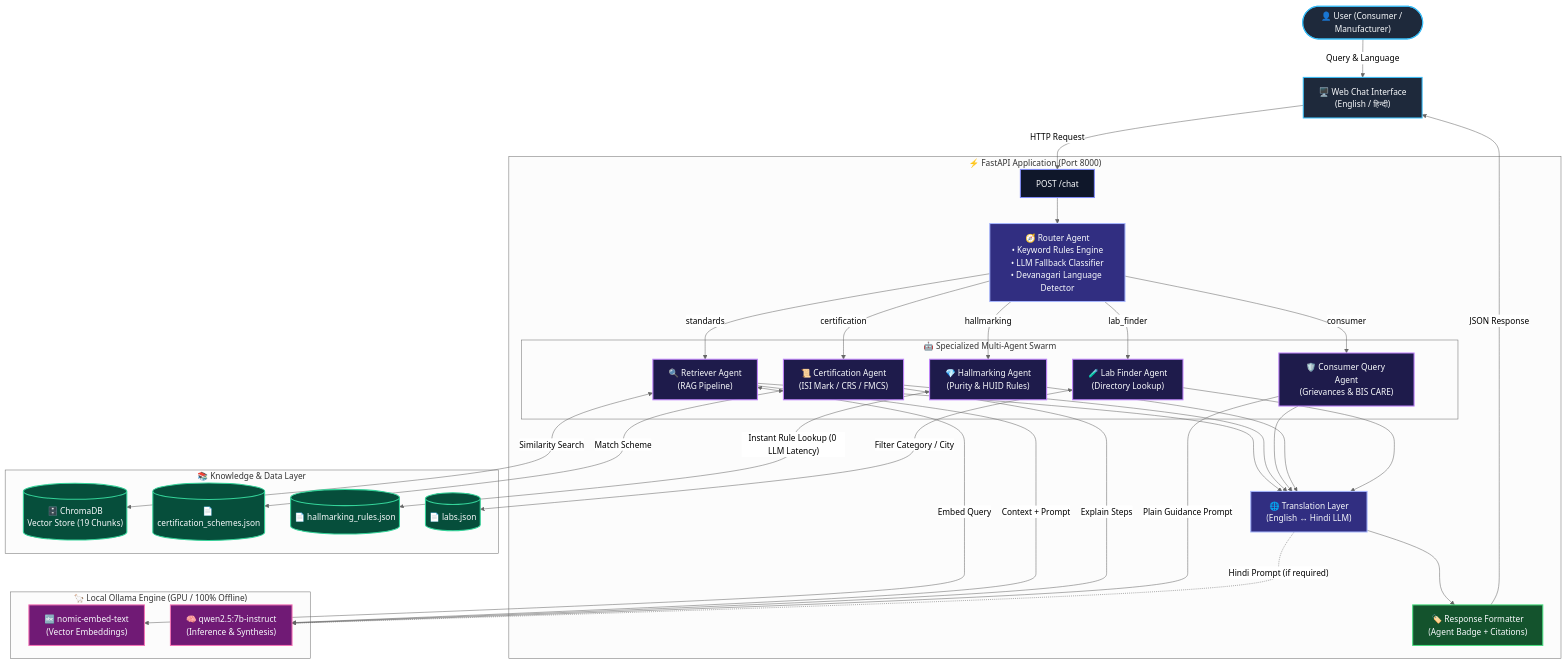
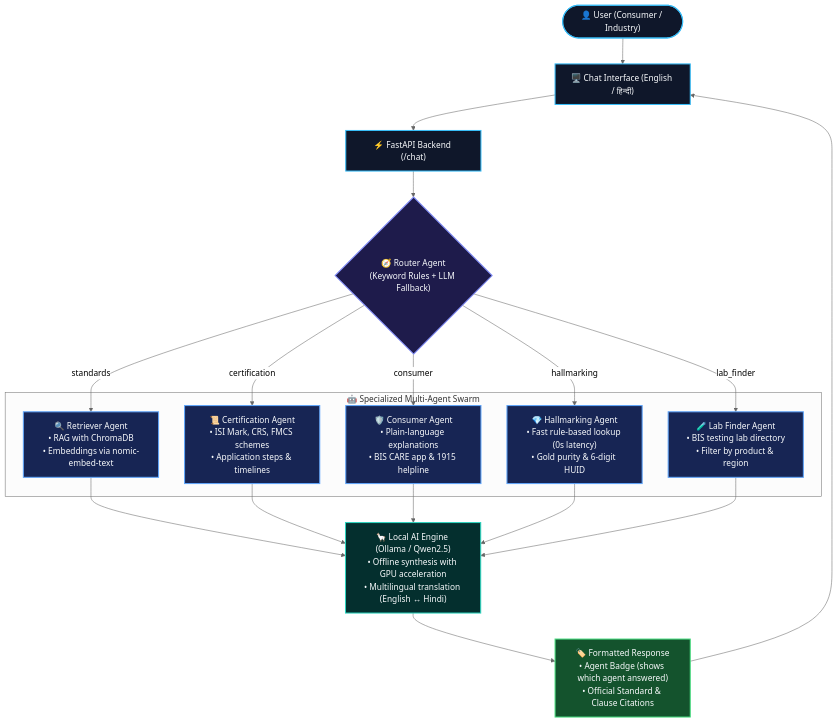
Before and after one commit to harshit5afk/complybot: the diagram in README.md, drawn with Mermaid (neutral theme).

Commit message:
docs: streamline workflow diagram for clean readability

````diff
--- a/README.md
+++ b/README.md
@@ -11,77 +11,32 @@
 ```mermaid
 flowchart TD
-    classDef client fill:#1e293b,stroke:#38bdf8,stroke-width:2px,color:#f8fafc
-    classDef api fill:#0f172a,stroke:#818cf8,stroke-width:2px,color:#f8fafc
-    classDef router fill:#312e81,stroke:#a5b4fc,stroke-width:2px,color:#f8fafc
-    classDef agent fill:#1e1b4b,stroke:#c084fc,stroke-width:2px,color:#f8fafc
-    classDef db fill:#064e3b,stroke:#34d399,stroke-width:2px,color:#f8fafc
-    classDef llm fill:#701a75,stroke:#f472b6,stroke-width:2px,color:#f8fafc
-    classDef output fill:#14532d,stroke:#4ade80,stroke-width:2px,color:#f8fafc
+    classDef client fill:#0f172a,stroke:#38bdf8,stroke-width:2px,color:#f8fafc;
+    classDef router fill:#1e1b4b,stroke:#818cf8,stroke-width:2px,color:#f8fafc;
+    classDef agent fill:#172554,stroke:#60a5fa,stroke-width:2px,color:#f8fafc;
+    classDef ai fill:#042f2e,stroke:#2dd4bf,stroke-width:2px,color:#f8fafc;
+    classDef out fill:#14532d,stroke:#4ade80,stroke-width:2px,color:#f8fafc;
 
-    User(["👤 User (Consumer / Manufacturer)"]):::client
-    UI["🖥️ Web Chat Interface<br/>(English / हिन्दी)"]:::client
+    User(["👤 User (Consumer / Industry)"]):::client --> UI["🖥️ Chat Interface (English / हिन्दी)"]:::client
+    UI --> API["⚡ FastAPI Backend (/chat)"]:::client
 
-    subgraph Backend ["⚡ FastAPI Application (Port 8000)"]
-        Endpoint["POST /chat"]:::api
-        Router["🧭 Router Agent<br/>• Keyword Rules Engine<br/>• LLM Fallback Classifier<br/>• Devanagari Language Detector"]:::router
+    API --> Router{"🧭 Router Agent<br/>(Keyword Rules + LLM Fallback)"}:::router
 
-        subgraph Agents ["🤖 Specialized Multi-Agent Swarm"]
-            Retriever["🔍 Retriever Agent<br/>(RAG Pipeline)"]:::agent
-            CertAgent["📜 Certification Agent<br/>(ISI Mark / CRS / FMCS)"]:::agent
-            ConsumerAgent["🛡️ Consumer Query Agent<br/>(Grievances & BIS CARE)"]:::agent
-            HallmarkAgent["💎 Hallmarking Agent<br/>(Purity & HUID Rules)"]:::agent
-            LabAgent["🧪 Lab Finder Agent<br/>(Directory Lookup)"]:::agent
-        end
-
-        Translator["🌐 Translation Layer<br/>(English ↔ Hindi LLM)"]:::router
-        Formatter["🏷️ Response Formatter<br/>(Agent Badge + Citations)"]:::output
+    subgraph Agents ["🤖 Specialized Multi-Agent Swarm"]
+        A1["🔍 Retriever Agent<br/>• RAG with ChromaDB<br/>• Embeddings via nomic-embed-text"]:::agent
+        A2["📜 Certification Agent<br/>• ISI Mark, CRS, FMCS schemes<br/>• Application steps & timelines"]:::agent
+        A3["🛡️ Consumer Agent<br/>• Plain-language explanations<br/>• BIS CARE app & 1915 helpline"]:::agent
+        A4["💎 Hallmarking Agent<br/>• Fast rule-based lookup (0s latency)<br/>• Gold purity & 6-digit HUID"]:::agent
+        A5["🧪 Lab Finder Agent<br/>• BIS testing lab directory<br/>• Filter by product & region"]:::agent
     end
 
-    subgraph Knowledge ["📚 Knowledge & Data Layer"]
-        Chroma[("🗄️ ChromaDB<br/>Vector Store (19 Chunks)")]:::db
-        CertJSON[("📄 certification_schemes.json")]:::db
-        HallmarkJSON[("📄 hallmarking_rules.json")]:::db
-        LabsJSON[("📄 labs.json")]:::db
-    end
+    Router -->|"standards"| A1
+    Router -->|"certification"| A2
+    Router -->|"consumer"| A3
+    Router -->|"hallmarking"| A4
+    Router -->|"lab_finder"| A5
 
-    subgraph LocalAI ["🦙 Local Ollama Engine (GPU / 100% Offline)"]
-        EmbedModel["🔤 nomic-embed-text<br/>(Vector Embeddings)"]:::llm
-        ChatModel["🧠 qwen2.5:7b-instruct<br/>(Inference & Synthesis)"]:::llm
-    end
+    A1 & A2 & A3 & A4 & A5 --> LocalAI["🦙 Local AI Engine (Ollama / Qwen2.5)<br/>• Offline synthesis with GPU acceleration<br/>• Multilingual translation (English ↔ Hindi)"]:::ai
 
-    %% Pipeline Connections
-    User -->|"Query & Language"| UI
-    UI -->|"HTTP Request"| Endpoint
-    Endpoint --> Router
-
-    Router -->|"standards"| Retriever
-    Router -->|"certification"| CertAgent
-    Router -->|"consumer"| ConsumerAgent
-    Router -->|"hallmarking"| HallmarkAgent
-    Router -->|"lab_finder"| LabAgent
-
-    %% Knowledge & LLM connections
-    Retriever <-->|"Embed Query"| EmbedModel
-    Retriever <-->|"Similarity Search"| Chroma
-    Retriever -->|"Context + Prompt"| ChatModel
-
-    CertAgent <-->|"Match Scheme"| CertJSON
-    CertAgent -->|"Explain Steps"| ChatModel
-
-    ConsumerAgent -->|"Plain Guidance Prompt"| ChatModel
-
-    HallmarkAgent <-->|"Instant Rule Lookup (0 LLM Latency)"| HallmarkJSON
-
-    LabAgent <-->|"Filter Category / City"| LabsJSON
-
-    %% Translator & Formatter
-    Retriever --> Translator
-    CertAgent --> Translator
-    ConsumerAgent --> Translator
-    HallmarkAgent --> Translator
-    LabAgent --> Translator
-
-    Translator -.->|"Hindi Prompt (if required)"| ChatModel
-    Translator --> Formatter
-    Formatter -->|"JSON Response"| UI
+    LocalAI --> Response["🏷️ Formatted Response<br/>• Agent Badge (shows which agent answered)<br/>• Official Standard & Clause Citations"]:::out
+    Response --> UI
 ```
````
